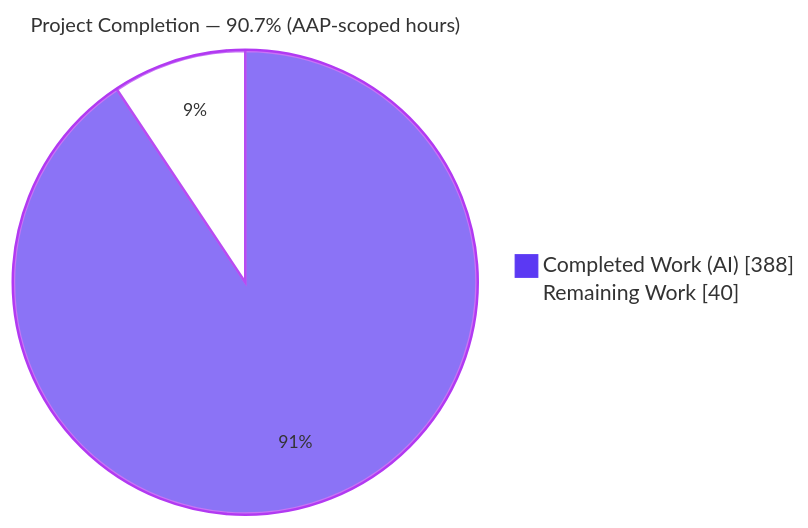
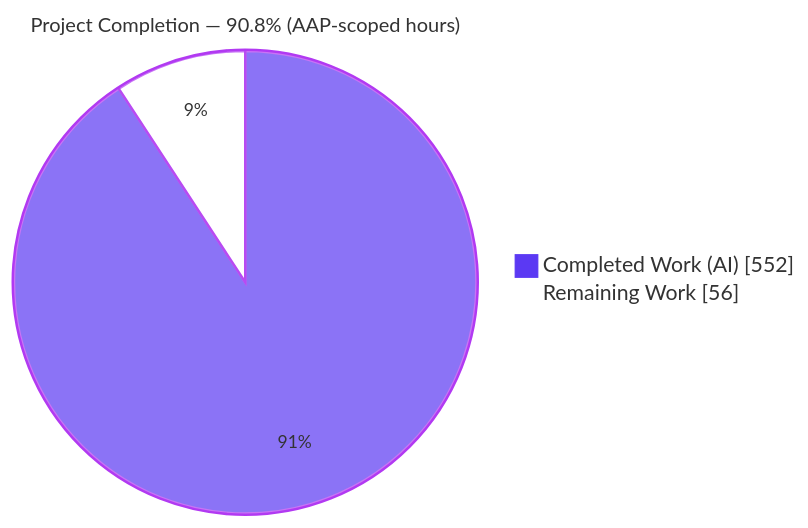
Before and after one commit to Blitzy-Sandbox/blitzy-ArkCase: the first of 3 diagrams in blitzy/documentation/Project Guide.md, drawn with Mermaid. The commit also changed other lines of this file, not shown here.

Commit message:
Adding Blitzy Project Guide: Project Status and Human Tasks Remaining

````diff
--- a/blitzy/documentation/Project Guide.md
+++ b/blitzy/documentation/Project Guide.md
@@ -15,7 +13,7 @@
 ```mermaid
 %%{init: {'theme':'base', 'themeVariables': {'pie1':'#5B39F3','pie2':'#FFFFFF','pieStrokeColor':'#B23AF2','pieStrokeWidth':'2px','pieOuterStrokeColor':'#B23AF2','pieTitleTextSize':'16px','pieSectionTextSize':'14px'}}}%%
 pie showData
-    title Project Completion — 90.7% (AAP-scoped hours)
-    "Completed Work (AI)" : 388
-    "Remaining Work" : 40
+    title Project Completion — 90.8% (AAP-scoped hours)
+    "Completed Work (AI)" : 552
+    "Remaining Work" : 56
 ```
````
